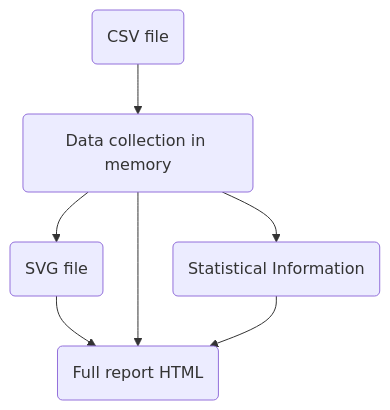
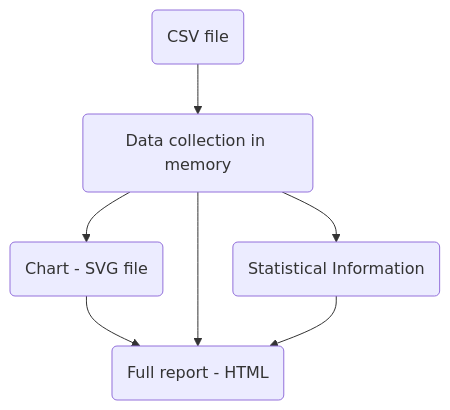
One commit to wolfangy/haskell changed the diagram in haskell-in-depth/ch03/ch3.md. Above: the diagram before and after it, drawn with Mermaid.

````diff
--- a/haskell-in-depth/ch03/ch3.md
+++ b/haskell-in-depth/ch03/ch3.md
@@ -16,9 +16,9 @@
 ```mermaid
 graph TD;
     Input(CSV file) --> Data(Data collection in memory)
-    Data --> Chart(SVG file)
+    Data --> Chart(Chart - SVG file)
     Data --> Info(Statistical Information)
-    Chart --> Report(Full report HTML)
+    Chart --> Report(Full report - HTML)
     Data --> Report
     Info --> Report
 ```
````
